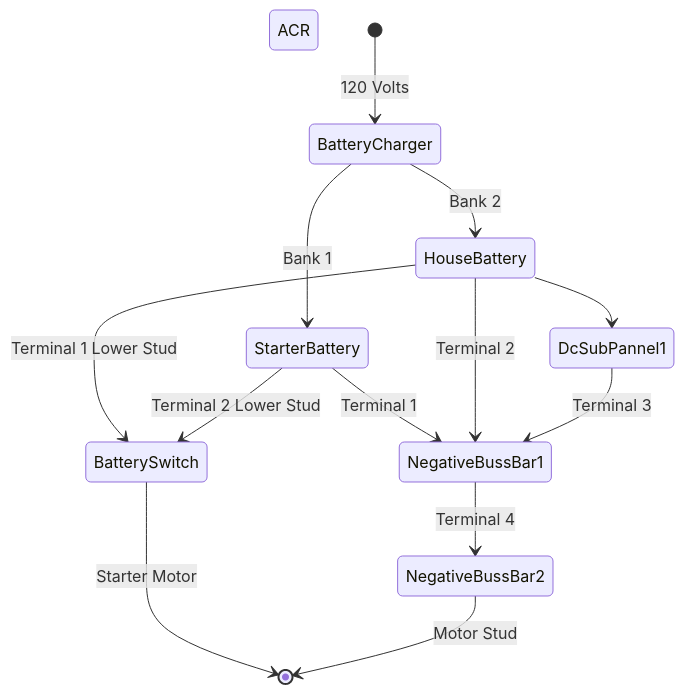
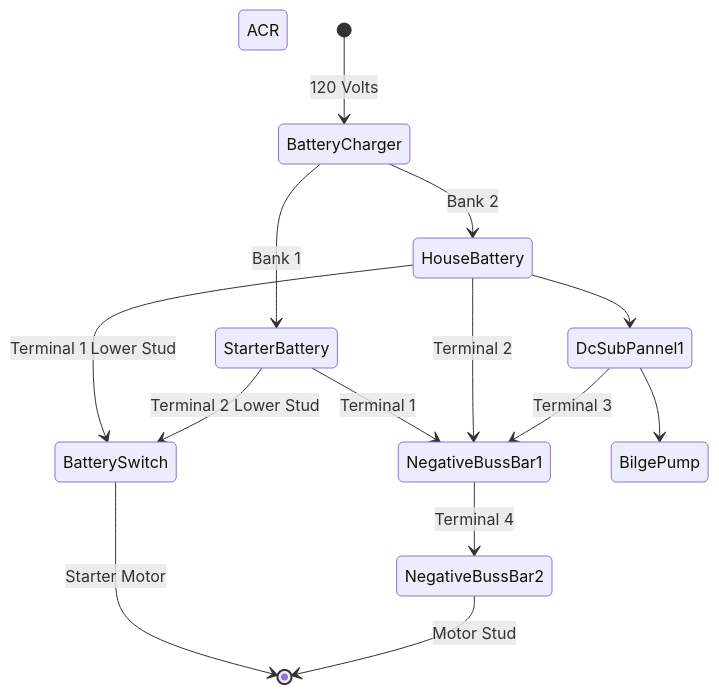
One commit to zacbayhan/boat-wiring-diagram changed the diagram in README.md. Above: the diagram before and after it, drawn with Mermaid.

Commit message:
adding bilge pump

````diff
--- a/README.md
+++ b/README.md
@@ -3,34 +3,37 @@
 ```mermaid
 stateDiagram
     
     BatteryCharger %% ProMariner 44012 ProSport HD Waterproof Marine Battery Charger, 12 Amp, 2 Bank
     DcSubPannel1 %% Blue Sea Systems 5025 ST Blade Fuse Block 6 Circuit with Ground and Cover
     ACR
     BatterySwitch
 
     StarterBattery
     HouseBattery
 
     NegativeBussBar1 %% Blue Sea System 2127 MaxiBus BusBar 
     NegativeBussBar2
+
+    BilgePump
      
 
     [*] --> BatteryCharger: 120 Volts
 
     BatteryCharger --> StarterBattery: Bank 1
     BatteryCharger --> HouseBattery: Bank 2
 
     HouseBattery --> BatterySwitch: Terminal 1 Lower Stud
     StarterBattery --> BatterySwitch: Terminal 2 Lower Stud
     BatterySwitch --> [*]: Starter Motor
 
     HouseBattery --> DcSubPannel1
+    DcSubPannel1 --> BilgePump
 
     StarterBattery --> NegativeBussBar1: Terminal 1
     HouseBattery --> NegativeBussBar1: Terminal 2
     DcSubPannel1 --> NegativeBussBar1: Terminal 3
     NegativeBussBar1 --> NegativeBussBar2: Terminal 4
 
     NegativeBussBar2 --> [*] : Motor Stud
 
 ```
````
